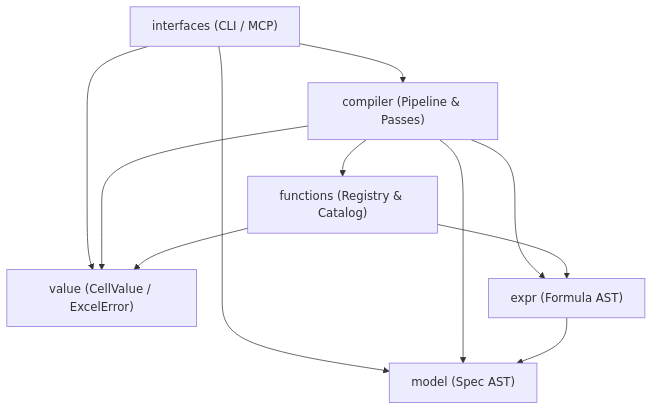
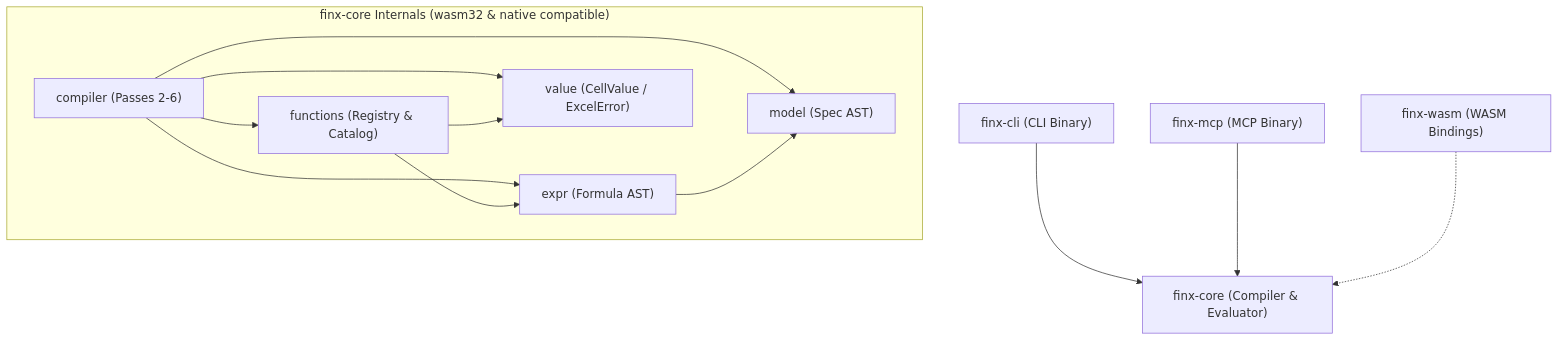
One commit to mhcfa/f8 changed the diagram in docs/codebase-structure.md. Above: the diagram before and after it, drawn with Mermaid. The commit also changed other lines of this file and 3 other files, not shown here.

First line of the commit message:
docs(interfaces): specify multi-crate workspace, cli workflows, and mcp catalog

````diff
--- a/docs/codebase-structure.md
+++ b/docs/codebase-structure.md
@@ -86,16 +96,17 @@
 ```mermaid
 flowchart TD
-    Interfaces["interfaces (CLI / MCP)"] --> Compiler["compiler (Pipeline & Passes)"]
-    Interfaces --> Model["model (Spec AST)"]
-    Interfaces --> Value["value (CellValue / ExcelError)"]
+    CLI["finx-cli (CLI Binary)"] --> Core["finx-core (Compiler & Evaluator)"]
+    MCP["finx-mcp (MCP Binary)"] --> Core
+    WASM["finx-wasm (WASM Bindings)"] -.-> Core
 
-    Compiler --> Functions["functions (Registry & Catalog)"]
-    Compiler --> Expr["expr (Formula AST)"]
-    Compiler --> Model
-    Compiler --> Value
+    subgraph CoreInternals ["finx-core Internals (wasm32 & native compatible)"]
+        CompilerPasses["compiler (Passes 2-6)"] --> Functions["functions (Registry & Catalog)"]
+        CompilerPasses --> Expr["expr (Formula AST)"]
+        CompilerPasses --> Model["model (Spec AST)"]
+        CompilerPasses --> Value["value (CellValue / ExcelError)"]
 
-    Functions --> Value
-    Functions --> Expr
-
-    Expr --> Model
+        Functions --> Value
+        Functions --> Expr
+        Expr --> Model
+    end
 ```
````
